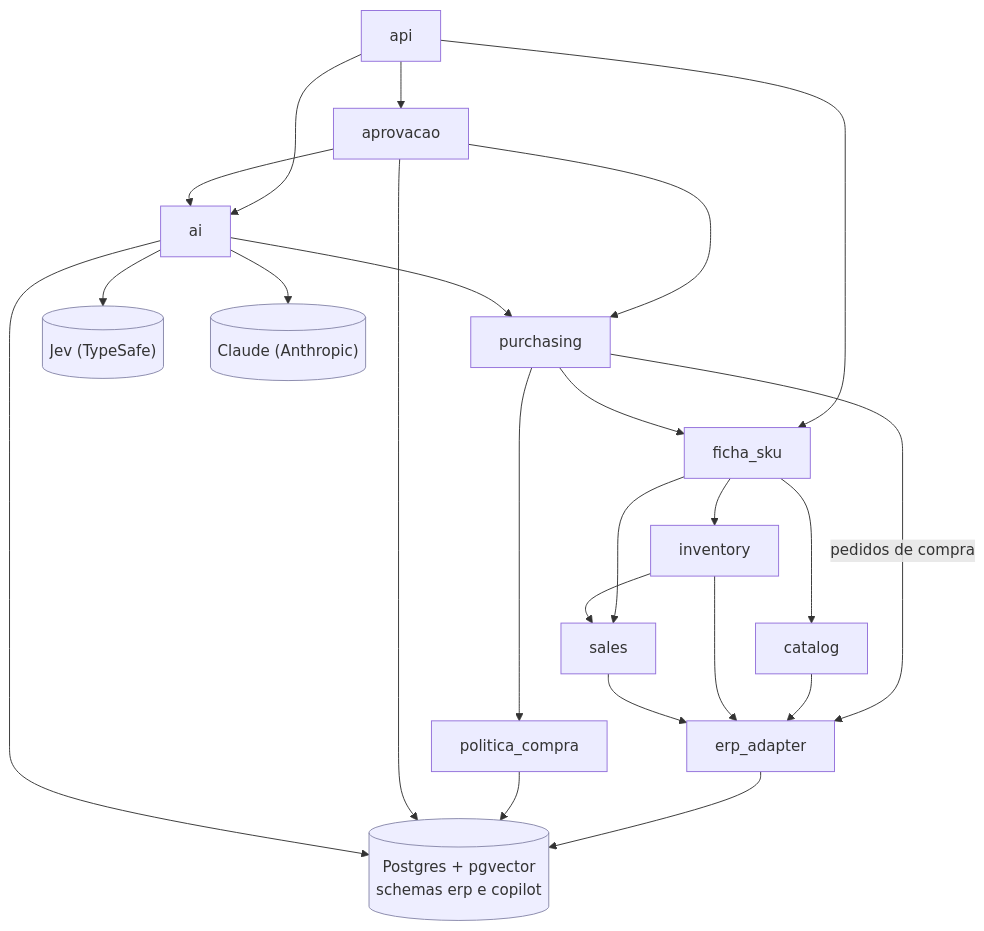
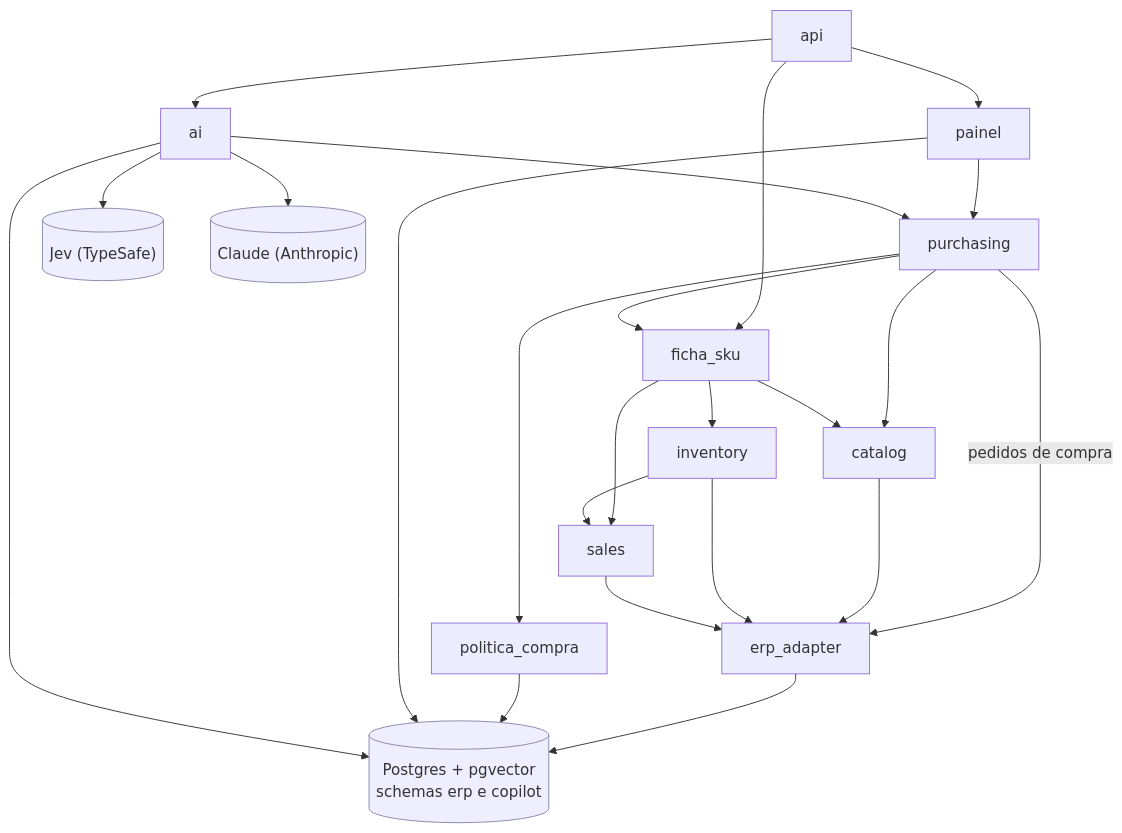
One commit to RodFerraz1/sistema-para-estoque changed the third of 3 diagrams in README.md. Above: the diagram before and after it, drawn with Mermaid. The commit also changed other lines of this file and 111 other files, not shown here.

````diff
--- a/README.md
+++ b/README.md
@@ -779,29 +799,29 @@
 ```mermaid
 flowchart TD
-    api[api] --> aprovacao[aprovacao]
+    api[api] --> painel[painel]
     api --> ai[ai]
     api --> ficha_sku[ficha_sku]
-    aprovacao --> purchasing[purchasing]
-    aprovacao --> ai
+    painel --> purchasing[purchasing]
     ai --> purchasing
     purchasing --> ficha_sku
+    purchasing --> catalog
     purchasing --> politica_compra[politica_compra]
     purchasing -- pedidos de compra --> erp_adapter[erp_adapter]
     ficha_sku --> catalog[catalog]
     ficha_sku --> inventory[inventory]
     ficha_sku --> sales[sales]
     inventory --> sales
     catalog --> erp_adapter
     inventory --> erp_adapter
     sales --> erp_adapter
 
     ai --> Jev[("Jev (TypeSafe)")]
     ai --> Claude[("Claude (Anthropic)")]
     erp_adapter --> Postgres[("Postgres + pgvector<br/>schemas erp e copilot")]
     politica_compra --> Postgres
-    aprovacao --> Postgres
+    painel --> Postgres
     ai --> Postgres
 
     classDef externo fill:#eef,stroke:#88a
     class Jev,Claude,Postgres externo
 ```
````
